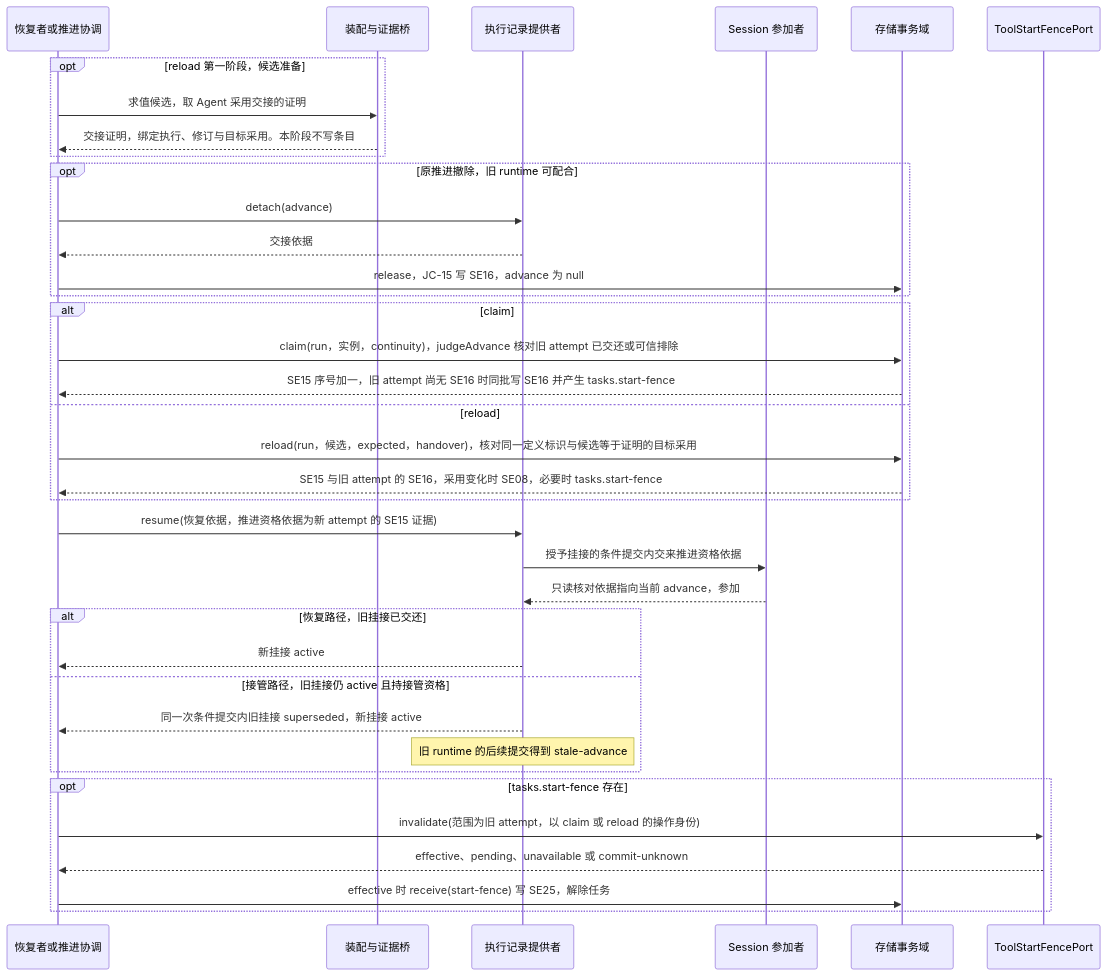
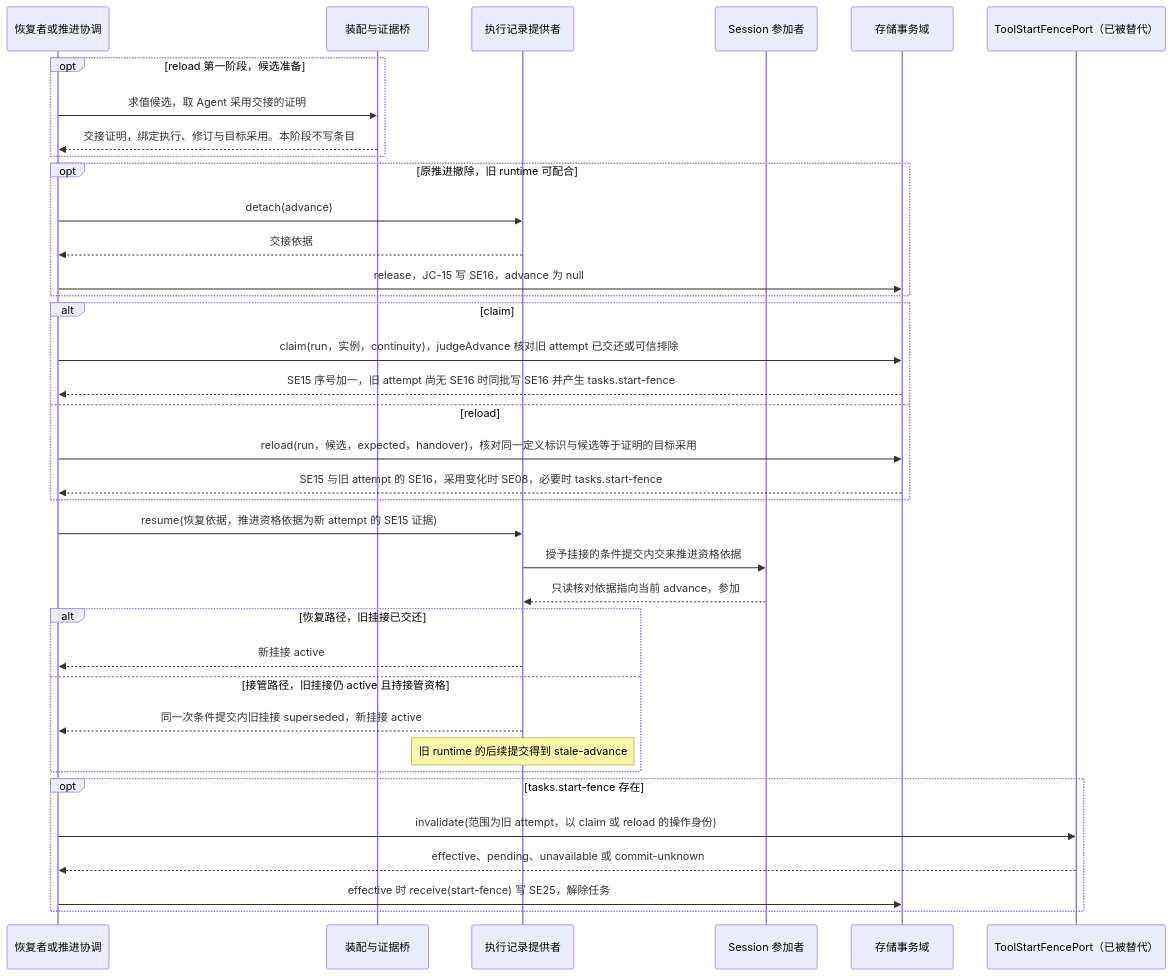
One commit to nemori-ai/omne-harness-lite changed the tenth of 17 diagrams in packages/session/session-contract/docs/flows/scenarios.md. Above: the diagram before and after it, drawn with Mermaid. The commit also changed other lines of this file and 22 other files, not shown here.

````diff
--- a/packages/session/session-contract/docs/flows/scenarios.md
+++ b/packages/session/session-contract/docs/flows/scenarios.md
@@ -443,39 +443,39 @@
 ```mermaid
 sequenceDiagram
     participant R as 恢复者或推进协调
     participant G as 装配与证据桥
     participant J as 执行记录提供者
     participant S as Session 参加者
     participant D as 存储事务域
-    participant T as ToolStartFencePort
+    participant T as ToolStartFencePort（已被替代）
     opt reload 第一阶段，候选准备
         R->>G: 求值候选，取 Agent 采用交接的证明
         G-->>R: 交接证明，绑定执行、修订与目标采用。本阶段不写条目
     end
     opt 原推进撤除，旧 runtime 可配合
         R->>J: detach(advance)
         J-->>R: 交接依据
         R->>D: release，JC-15 写 SE16，advance 为 null
     end
     alt claim
         R->>D: claim(run，实例，continuity)，judgeAdvance 核对旧 attempt 已交还或可信排除
         D-->>R: SE15 序号加一，旧 attempt 尚无 SE16 时同批写 SE16 并产生 tasks.start-fence
     else reload
         R->>D: reload(run，候选，expected，handover)，核对同一定义标识与候选等于证明的目标采用
         D-->>R: SE15 与旧 attempt 的 SE16，采用变化时 SE08，必要时 tasks.start-fence
     end
     R->>J: resume(恢复依据，推进资格依据为新 attempt 的 SE15 证据)
     J->>S: 授予挂接的条件提交内交来推进资格依据
     S-->>J: 只读核对依据指向当前 advance，参加
     alt 恢复路径，旧挂接已交还
         J-->>R: 新挂接 active
     else 接管路径，旧挂接仍 active 且持接管资格
         J-->>R: 同一次条件提交内旧挂接 superseded，新挂接 active
         Note over J: 旧 runtime 的后续提交得到 stale-advance
     end
     opt tasks.start-fence 存在
         R->>T: invalidate(范围为旧 attempt，以 claim 或 reload 的操作身份)
         T-->>R: effective、pending、unavailable 或 commit-unknown
         R->>D: effective 时 receive(start-fence) 写 SE25，解除任务
     end
 ```
````
